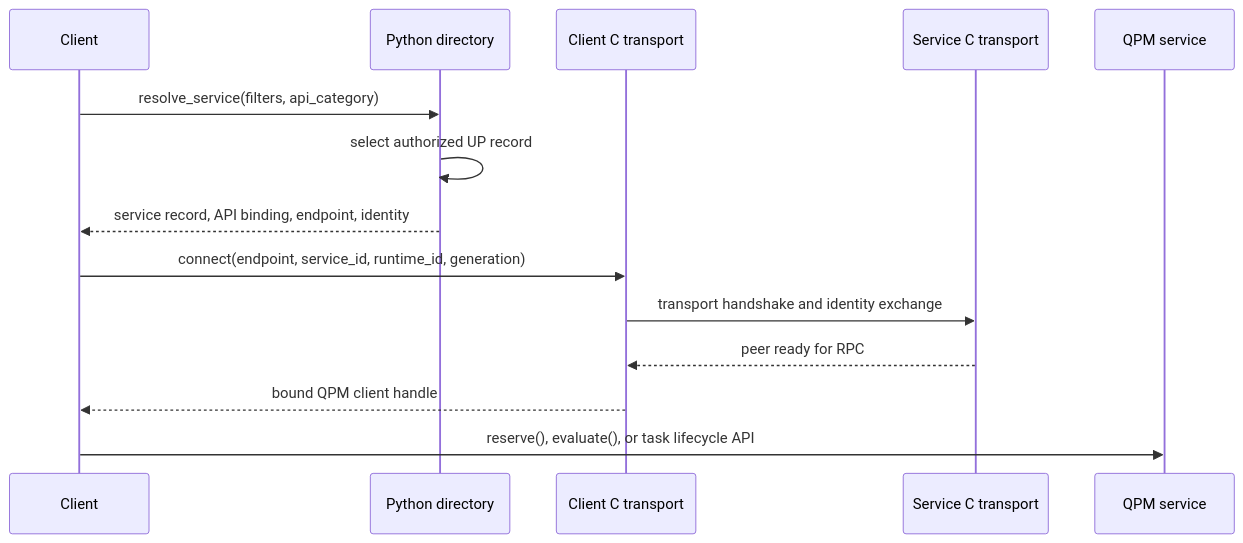
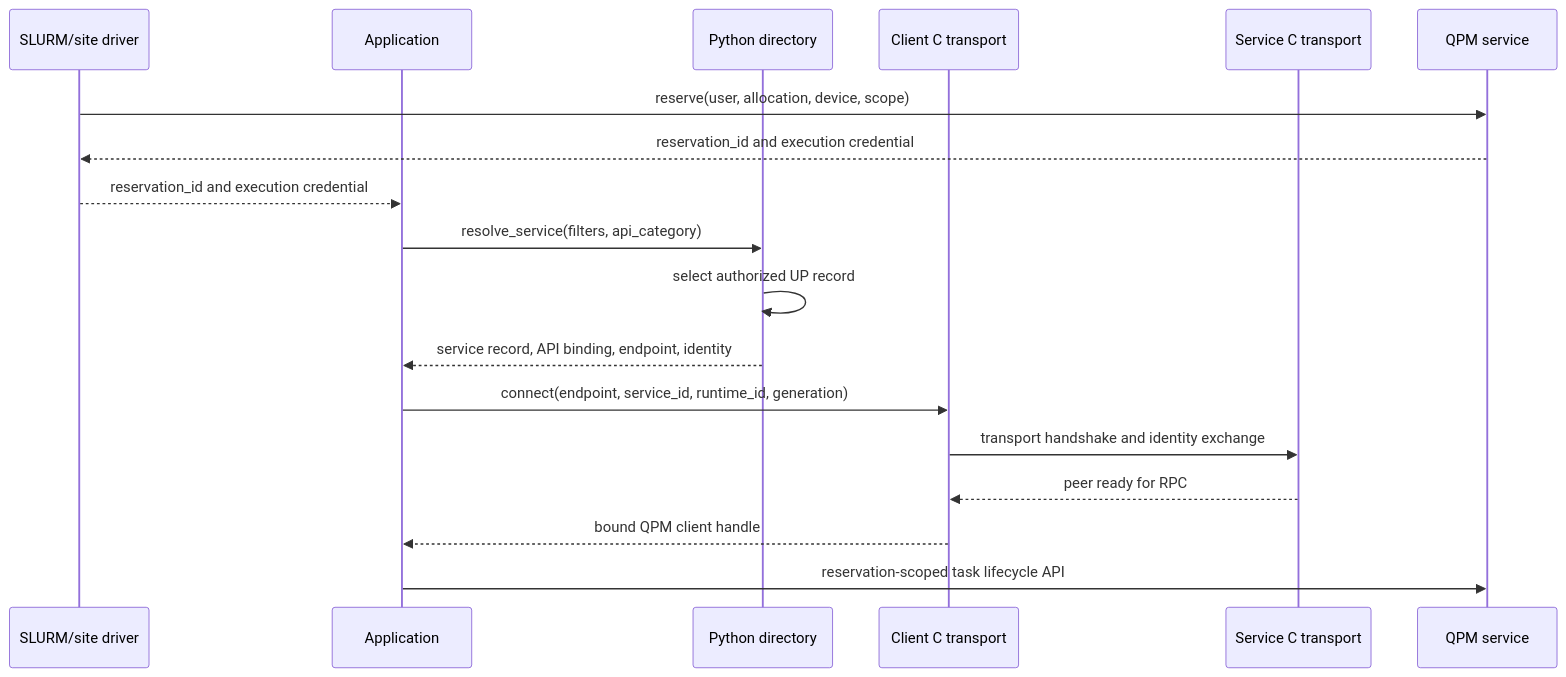
Before and after one commit to openQSE/QFw: the seventh of 10 diagrams in docs/detailed-design.md, drawn with Mermaid. The commit also changed other lines of this file and 20 other files, not shown here.

````diff
--- a/docs/detailed-design.md
+++ b/docs/detailed-design.md
@@ -1610,17 +1694,21 @@
 ```mermaid
 sequenceDiagram
-    participant Client
+    participant Driver as SLURM/site driver
+    participant Client as Application
     participant Dir as Python directory
     participant CT as Client C transport
     participant ST as Service C transport
     participant QPM as QPM service
 
+    Driver->>QPM: reserve(user, allocation, device, scope)
+    QPM-->>Driver: reservation_id and execution credential
+    Driver-->>Client: reservation_id and execution credential
     Client->>Dir: resolve_service(filters, api_category)
     Dir->>Dir: select authorized UP record
     Dir-->>Client: service record, API binding, endpoint, identity
     Client->>CT: connect(endpoint, service_id, runtime_id, generation)
     CT->>ST: transport handshake and identity exchange
     ST-->>CT: peer ready for RPC
     CT-->>Client: bound QPM client handle
-    Client->>QPM: reserve(), evaluate(), or task lifecycle API
+    Client->>QPM: reservation-scoped task lifecycle API
 ```
````
